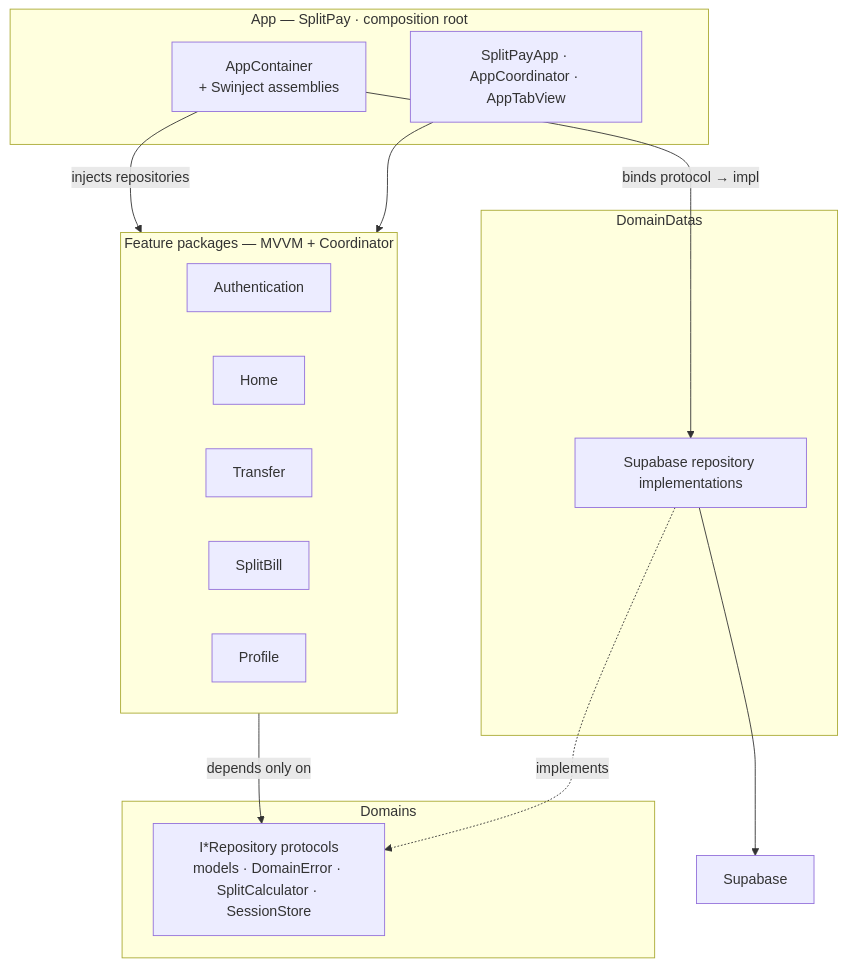
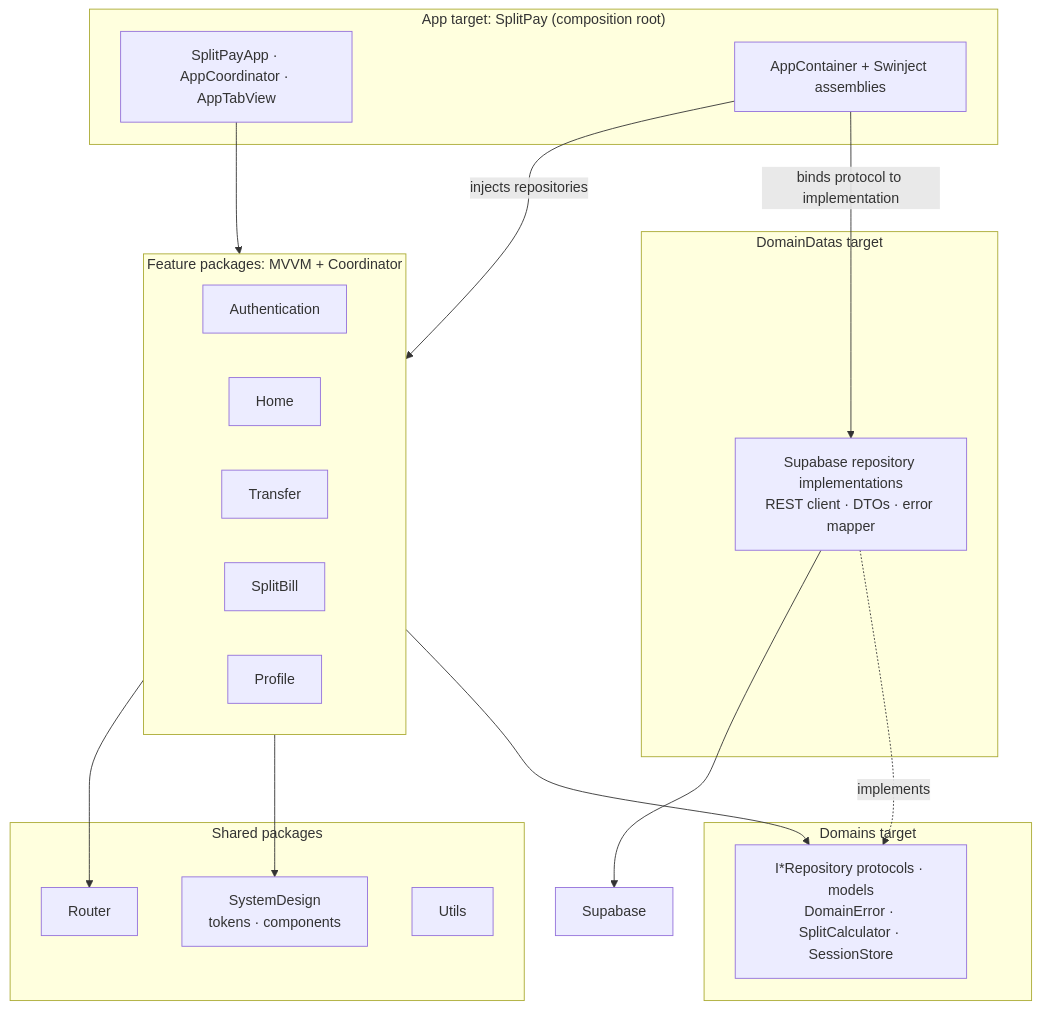
Before and after one commit to coquach/split-bill-app: the fourth of 7 diagrams in README.md, drawn with Mermaid. The commit also changed other lines of this file and 4 other files, not shown here.

````diff
--- a/README.md
+++ b/README.md
@@ -86,30 +206,38 @@
 ```mermaid
 flowchart TB
-    subgraph APP["App — SplitPay · composition root"]
+    subgraph APP["App target: SplitPay (composition root)"]
         UI["SplitPayApp · AppCoordinator · AppTabView"]
-        DI["AppContainer<br/>+ Swinject assemblies"]
+        DI["AppContainer + Swinject assemblies"]
     end
 
-    subgraph FEATURES["Feature packages — MVVM + Coordinator"]
+    subgraph FEATURES["Feature packages: MVVM + Coordinator"]
         AUTH["Authentication"]
         HOME["Home"]
         TRANS["Transfer"]
         SPLIT["SplitBill"]
         PROF["Profile"]
     end
 
-    subgraph DOMAIN["Domains"]
-        PROTO["I*Repository protocols<br/>models · DomainError · SplitCalculator · SessionStore"]
+    subgraph SHARED["Shared packages"]
+        SD["SystemDesign<br/>tokens · components"]
+        RT["Router"]
+        UT["Utils"]
     end
 
-    subgraph DATA["DomainDatas"]
-        IMPL["Supabase repository implementations"]
+    subgraph DOMAIN["Domains target"]
+        PROTO["I*Repository protocols · models<br/>DomainError · SplitCalculator · SessionStore"]
+    end
+
+    subgraph DATA["DomainDatas target"]
+        IMPL["Supabase repository implementations<br/>REST client · DTOs · error mapper"]
     end
 
     UI --> FEATURES
-    FEATURES -- "depends only on" --> PROTO
+    FEATURES --> PROTO
+    FEATURES --> SD
+    FEATURES --> RT
     IMPL -. "implements" .-> PROTO
-    DI -- "binds protocol → impl" --> IMPL
+    DI -- "binds protocol to implementation" --> IMPL
     DI -- "injects repositories" --> FEATURES
     IMPL --> SUPA["Supabase"]
 ```
````
